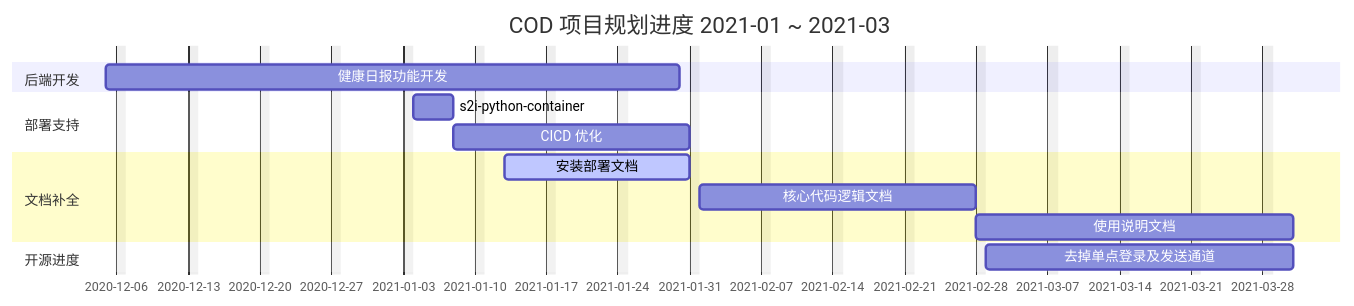
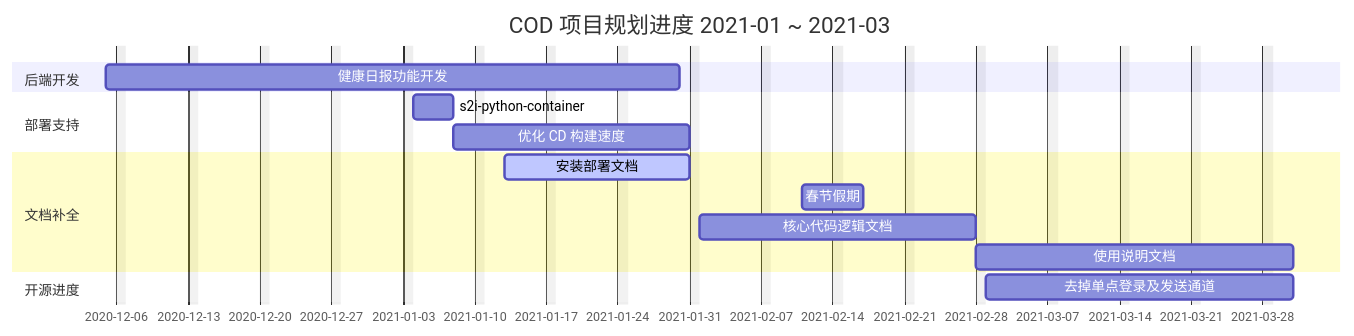
Before and after one commit to pyfs/cod: the first of 2 diagrams in README.MD, drawn with Mermaid.

Commit message:
更新 readme

````diff
--- a/README.MD
+++ b/README.MD
@@ -18,22 +18,23 @@
 ```mermaid
 gantt
     title COD 项目规划进度 2021-01 ~ 2021-03
     dateFormat  YYYY-MM-DD
     excludes Saturdayt, Sunday
     todayMarker stroke-width:5px,opacity:0.7
 
     section 后端开发
     健康日报功能开发    :report, 2020-12-05, 2021-01-30
 
     section 部署支持
     s2i-python-container   :s2i-python-container, 2021-01-04, 2021-01-08
-    CICD 优化   :after s2i-python-container, 2021-01-31
+    优化 CD 构建速度   :after s2i-python-container, 2021-01-31
 
     section 文档补全
     安装部署文档    :active, 2021-01-13, 2021-01-31
+    春节假期    : holiday, 2021-02-11, 2021-02-17
     核心代码逻辑文档    :code, 2021-02-01, 2021-02-28
     使用说明文档    :after code, 2021-03-31
     
     section 开源进度
     去掉单点登录及发送通道  :opensource, 2021-03-01, 2021-03-31
 ```
````
